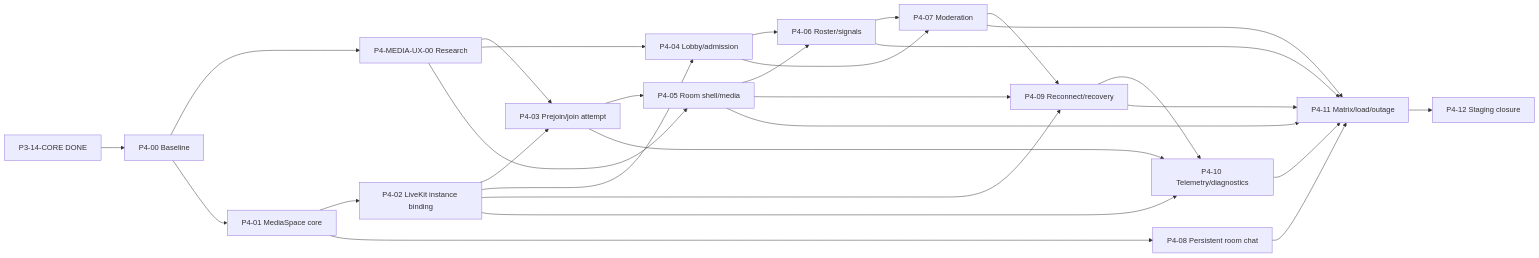
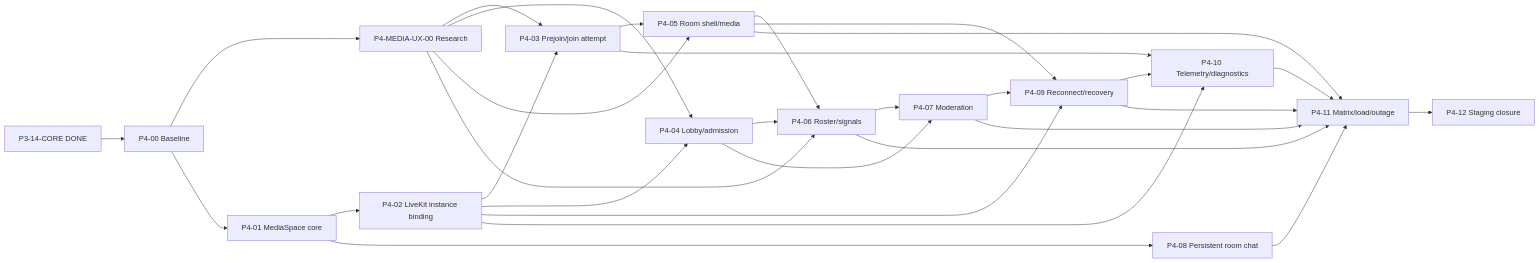
The diagram in docs/PHASE_4_BACKLOG.md (basangnguyen/TUTORHUB_WEB), drawn with Mermaid before and after one commit. The commit also changed other lines of this file and 7 other files, not shown here.

````diff
--- a/docs/PHASE_4_BACKLOG.md
+++ b/docs/PHASE_4_BACKLOG.md
@@ -92,31 +92,32 @@
 ```mermaid
 flowchart LR
     P314C["P3-14-CORE DONE"] --> P400["P4-00 Baseline"]
     P400 --> P4MUX["P4-MEDIA-UX-00 Research"]
     P400 --> P401["P4-01 MediaSpace core"]
     P401 --> P402["P4-02 LiveKit instance binding"]
     P402 --> P403["P4-03 Prejoin/join attempt"]
     P402 --> P404["P4-04 Lobby/admission"]
     P4MUX --> P403
     P4MUX --> P404
     P4MUX --> P405
+    P4MUX --> P406
     P403 --> P405["P4-05 Room shell/media"]
     P404 --> P406["P4-06 Roster/signals"]
     P405 --> P406
     P404 --> P407["P4-07 Moderation"]
     P406 --> P407
     P401 --> P408["P4-08 Persistent room chat"]
     P402 --> P409["P4-09 Reconnect/recovery"]
     P405 --> P409
     P407 --> P409
     P402 --> P410["P4-10 Telemetry/diagnostics"]
     P403 --> P410
     P409 --> P410
     P405 --> P411["P4-11 Matrix/load/outage"]
     P406 --> P411
     P407 --> P411
     P408 --> P411
     P409 --> P411
     P410 --> P411
     P411 --> P412["P4-12 Staging closure"]
 ```
````
